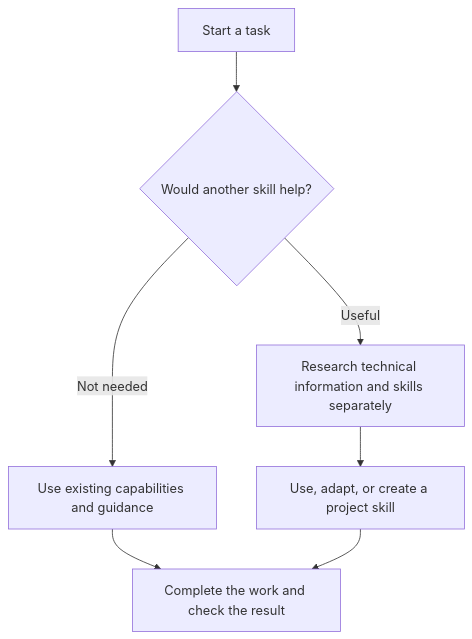
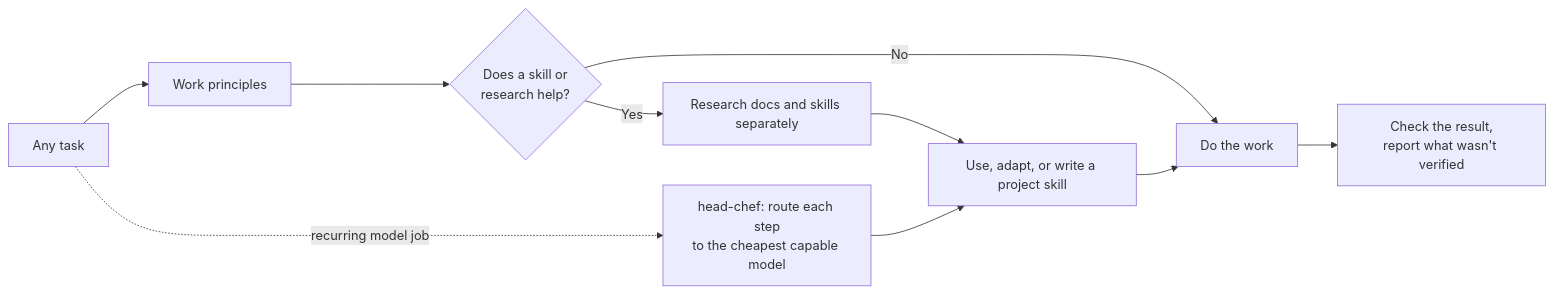
The diagram in README.md (thefogusz/OneForAll), drawn with Mermaid before and after one commit. The commit also changed other lines of this file and 5 other files, not shown here.

First line of the commit message:
Make principles work for any kind of work; test on six task types

````diff
--- a/README.md
+++ b/README.md
@@ -55,9 +56,12 @@
 ```mermaid
-flowchart TD
-    A[Start a task] --> B{Would another skill help?}
-    B -- Not needed --> C[Use existing capabilities and guidance]
-    B -- Useful --> D[Research technical information and skills separately]
-    D --> E[Use, adapt, or create a project skill]
-    C --> F[Complete the work and check the result]
-    E --> F
+flowchart LR
+    T[Any task] --> P[Work principles]
+    P --> Q{Does a skill or<br/>research help?}
+    Q -- No --> W[Do the work]
+    Q -- Yes --> R[Research docs and skills separately]
+    R --> S[Use, adapt, or write a project skill]
+    S --> W
+    T -. recurring model job .-> H[head-chef: route each step<br/>to the cheapest capable model]
+    H --> S
+    W --> C[Check the result,<br/>report what wasn't verified]
 ```
````
